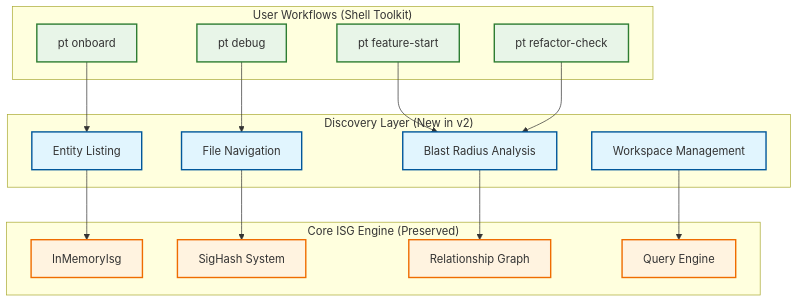
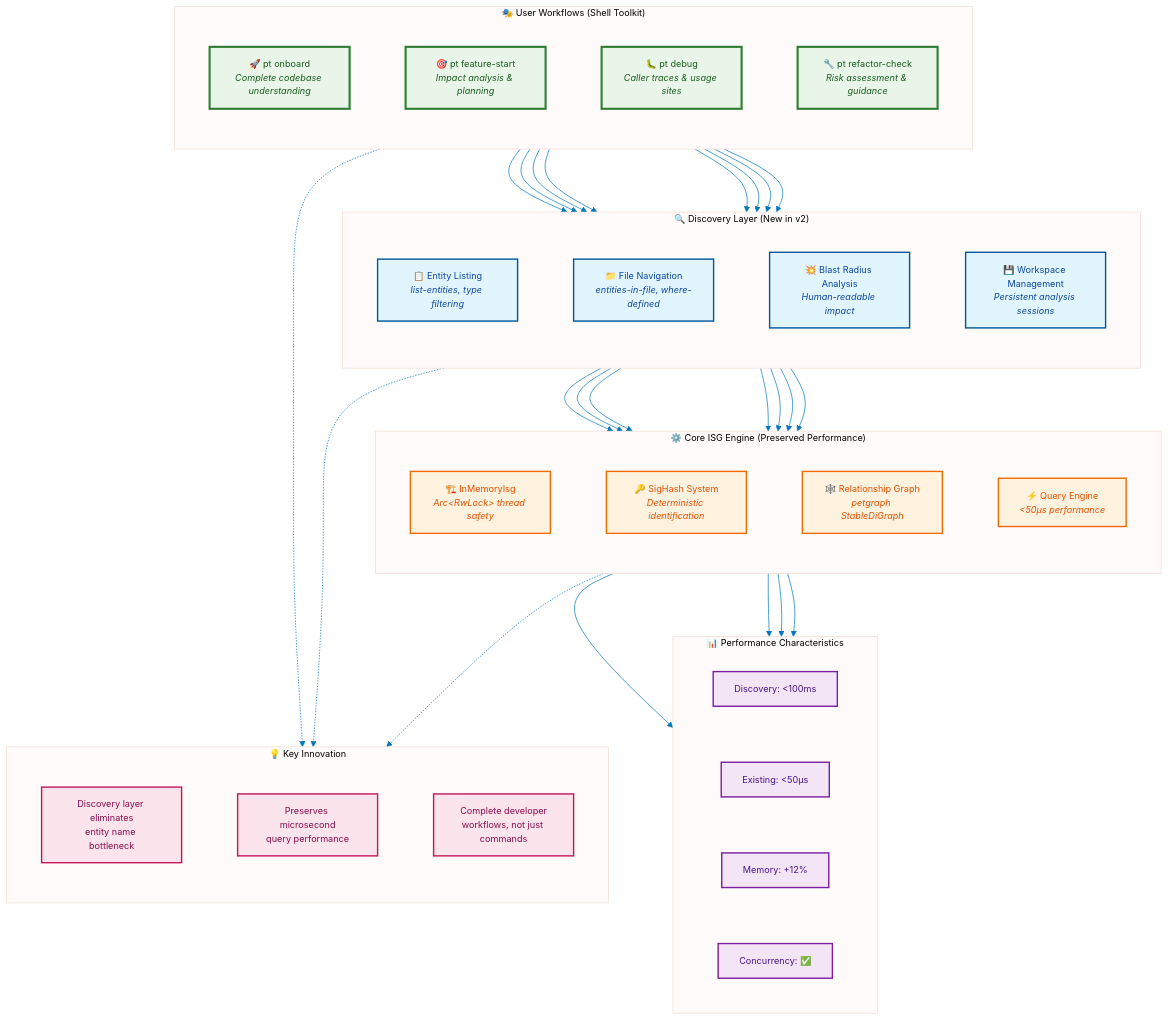
Before and after one commit to that-in-rust/parseltongue: the fifth of 6 diagrams in README.md, drawn with Mermaid. The commit also changed other lines of this file and 7 other files, not shown here.

First line of the commit message:
feat: Add comprehensive Mermaid diagrams for amazing documentation

````diff
--- a/README.md
+++ b/README.md
@@ -216,41 +334,89 @@
 ```mermaid
-graph TD
-    subgraph "User Workflows (Shell Toolkit)"
-        W1[pt onboard] 
-        W2[pt feature-start]
-        W3[pt debug]
-        W4[pt refactor-check]
+%%{init: {'theme':'base', 'themeVariables': {'primaryColor':'#e1f5fe', 'primaryTextColor':'#01579b', 'lineColor':'#0277bd', 'fontFamily':'Arial', 'fontSize':'13px'}, 'flowchart': {'nodeSpacing': 80, 'rankSpacing': 90, 'wrappingWidth': 140}}}%%
+flowchart TD
+    %% User Workflows Layer
+    subgraph "🎭 User Workflows (Shell Toolkit)"
+        direction TB
+        W1["🚀 pt onboard<br/><i>Complete codebase understanding</i>"]
+        W2["🎯 pt feature-start<br/><i>Impact analysis & planning</i>"]
+        W3["🐛 pt debug<br/><i>Caller traces & usage sites</i>"]
+        W4["🔧 pt refactor-check<br/><i>Risk assessment & guidance</i>"]
     end
     
-    subgraph "Discovery Layer (New in v2)"
-        D1[Entity Listing]
-        D2[File Navigation]
-        D3[Blast Radius Analysis]
-        D4[Workspace Management]
+    %% Discovery Layer (New in v2)
+    subgraph "🔍 Discovery Layer (New in v2)"
+        direction TB
+        D1["📋 Entity Listing<br/><i>list-entities, type filtering</i>"]
+        D2["📁 File Navigation<br/><i>entities-in-file, where-defined</i>"]
+        D3["💥 Blast Radius Analysis<br/><i>Human-readable impact</i>"]
+        D4["💾 Workspace Management<br/><i>Persistent analysis sessions</i>"]
     end
     
-    subgraph "Core ISG Engine (Preserved)"
-        I1[InMemoryIsg]
-        I2[SigHash System]
-        I3[Relationship Graph]
-        I4[Query Engine]
+    %% Core ISG Engine (Preserved)
+    subgraph "⚙️ Core ISG Engine (Preserved Performance)"
+        direction TB
+        I1["🏗️ InMemoryIsg<br/><i>Arc&lt;RwLock&gt; thread safety</i>"]
+        I2["🔑 SigHash System<br/><i>Deterministic identification</i>"]
+        I3["🕸️ Relationship Graph<br/><i>petgraph StableDiGraph</i>"]
+        I4["⚡ Query Engine<br/><i>&lt;50μs performance</i>"]
     end
     
+    %% Data Flow Connections
     W1 --> D1
+    W1 --> D4
     W2 --> D3
+    W2 --> D1
     W3 --> D2
+    W3 --> D3
     W4 --> D3
+    W4 --> D2
     
+    %% Discovery to Core connections
     D1 --> I1
+    D1 --> I2
     D2 --> I2
+    D2 --> I3
     D3 --> I3
-    D4 --> I4
+    D3 --> I4
+    D4 --> I1
     
-    classDef workflow fill:#e8f5e8,stroke:#2e7d32,stroke-width:2px
-    classDef discovery fill:#e1f5fe,stroke:#01579b,stroke-width:2px
-    classDef core fill:#fff3e0,stroke:#ef6c00,stroke-width:2px
+    %% Performance metrics
+    subgraph "📊 Performance Characteristics"
+        direction LR
+        P1["Discovery: &lt;100ms"]
+        P2["Existing: &lt;50μs"]
+        P3["Memory: +12%"]
+        P4["Concurrency: ✅"]
+    end
+    
+    %% Connect core to performance
+    I4 --> P1
+    I4 --> P2
+    I1 --> P3
+    I1 --> P4
+    
+    %% Key Innovation callout
+    subgraph "💡 Key Innovation"
+        direction TB
+        K1["Discovery layer eliminates<br/>entity name bottleneck"]
+        K2["Preserves microsecond<br/>query performance"]
+        K3["Complete developer<br/>workflows, not just commands"]
+    end
+    
+    D1 -.-> K1
+    I4 -.-> K2
+    W1 -.-> K3
+    
+    %% Styling
+    classDef workflow fill:#e8f5e8,stroke:#2e7d32,stroke-width:3px,color:#1b5e20
+    classDef discovery fill:#e1f5fe,stroke:#01579b,stroke-width:2px,color:#0d47a1
+    classDef core fill:#fff3e0,stroke:#ef6c00,stroke-width:2px,color:#e65100
+    classDef performance fill:#f3e5f5,stroke:#7b1fa2,stroke-width:2px,color:#4a148c
+    classDef innovation fill:#fce4ec,stroke:#c2185b,stroke-width:2px,color:#880e4f
     
     class W1,W2,W3,W4 workflow
     class D1,D2,D3,D4 discovery
     class I1,I2,I3,I4 core
+    class P1,P2,P3,P4 performance
+    class K1,K2,K3 innovation
 ```
````
